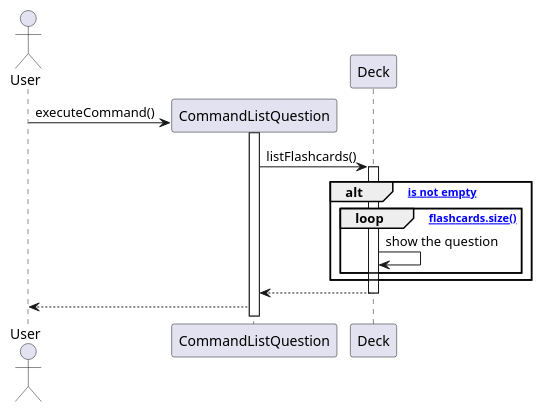
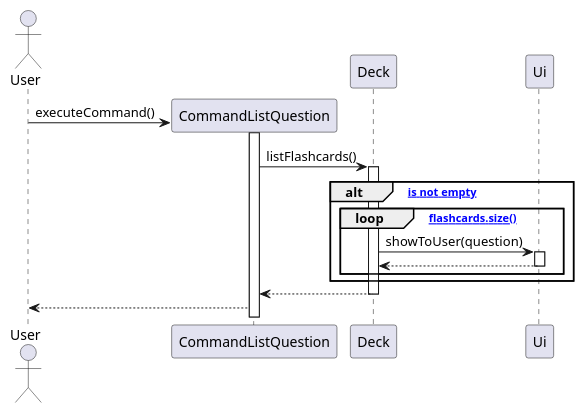
Before and after one commit to felfelyuen/tp: the diagram in docs/diagrams/ListSequenceDiagram.puml, drawn with PlantUML. The commit also changed 9 other files, not shown here.

```diff
--- a/docs/diagrams/ListSequenceDiagram.puml
+++ b/docs/diagrams/ListSequenceDiagram.puml
@@ -1,16 +1,17 @@
 @startuml
 
 actor User
 User -> CommandListQuestion **: executeCommand()
 CommandListQuestion++
 CommandListQuestion -> Deck++: listFlashcards()
 alt [deck is not empty]
 loop [flashcards.size()]
-    Deck -> Deck: show the question
+    Deck -> Ui++: showToUser(question)
+    return
 end
 end
 return
 CommandListQuestion --> User
 
 
 @enduml
```
